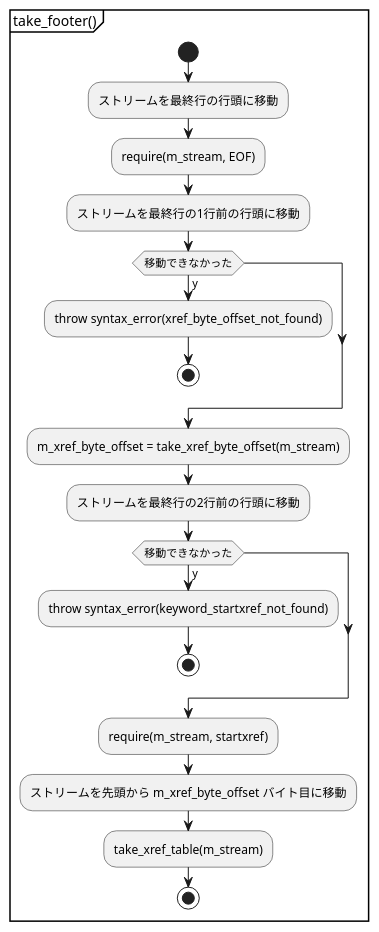
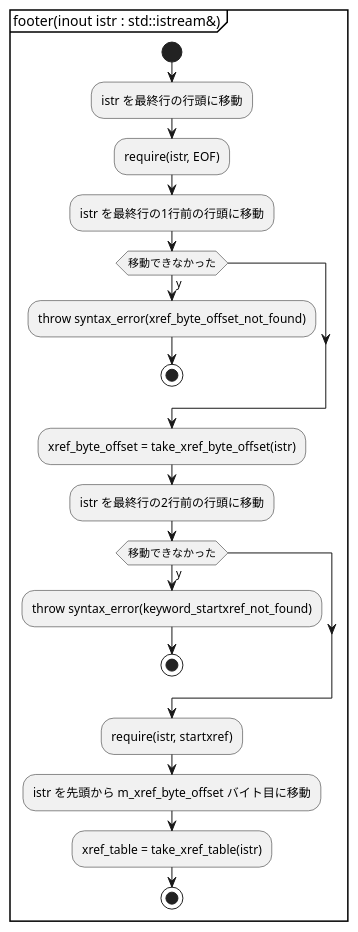
The third of 10 diagrams in document/parser.activity.pu (KodaiYM/PDFReader), drawn with PlantUML before and after one commit. The commit also changed other lines of this file and 1 other file, not shown here.

```diff
--- a/document/parser.activity.pu
+++ b/document/parser.activity.pu
@@ -18,23 +18,23 @@
-@startuml take_footer
-partition "take_footer()" {
+@startuml footer
+partition "footer(inout istr : std::istream&)" {
 start
-	:ストリームを最終行の行頭に移動;
-	:require(m_stream, EOF);
-	:ストリームを最終行の1行前の行頭に移動;
+	:istr を最終行の行頭に移動;
+	:require(istr, EOF);
+	:istr を最終行の1行前の行頭に移動;
 	if (移動できなかった) then (y)
 		:throw syntax_error(xref_byte_offset_not_found);
 		stop
 	endif
-	:m_xref_byte_offset = take_xref_byte_offset(m_stream);
-	:ストリームを最終行の2行前の行頭に移動;
+	:xref_byte_offset = take_xref_byte_offset(istr);
+	:istr を最終行の2行前の行頭に移動;
 	if (移動できなかった) then (y)
 		:throw syntax_error(keyword_startxref_not_found);
 		stop
 	endif
-	:require(m_stream, startxref);
+	:require(istr, startxref);
 
-	:ストリームを先頭から m_xref_byte_offset バイト目に移動;
-	:take_xref_table(m_stream);
+	:istr を先頭から m_xref_byte_offset バイト目に移動;
+	:xref_table = take_xref_table(istr);
 stop
 }
 @enduml
```
